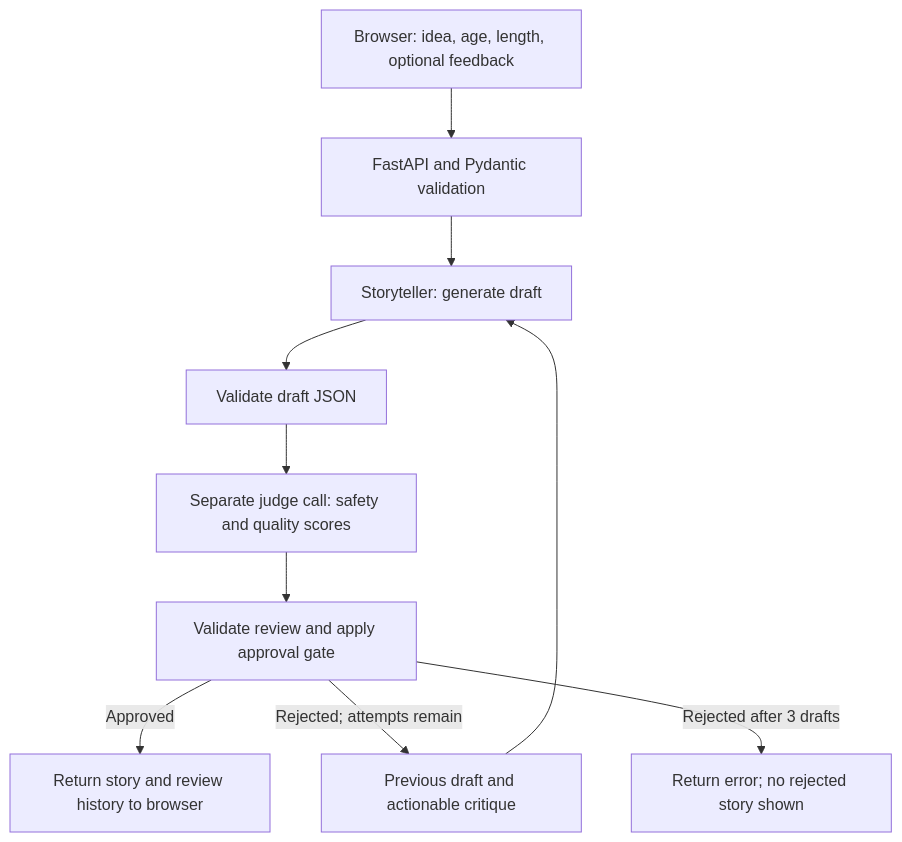
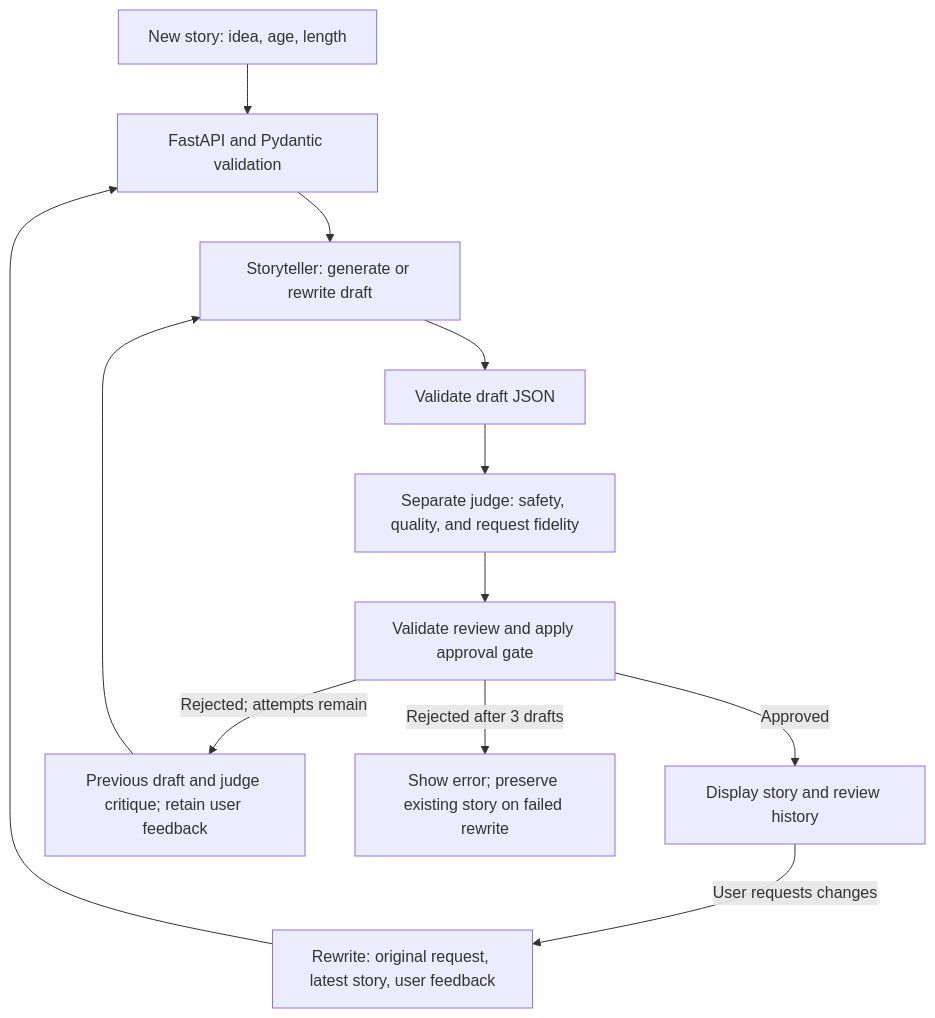
The diagram in SUBMISSION.md (yashi2407/AI-Agent-Deployment-Engineer-Takehome), drawn with Mermaid before and after one commit. The commit also changed other lines of this file, not shown here.

Commit message:
Updated flow chart

````diff
--- a/SUBMISSION.md
+++ b/SUBMISSION.md
@@ -11,12 +11,14 @@
 ```mermaid
 flowchart TD
-    UI[Browser: idea, age, length, optional feedback] --> V[FastAPI and Pydantic validation]
-    V --> S[Storyteller: generate draft]
-    S --> D[Validate draft JSON]
-    D --> J[Separate judge call: safety and quality scores]
-    J --> G[Validate review and apply approval gate]
-    G -->|Approved| R[Return story and review history to browser]
-    G -->|Rejected; attempts remain| F[Previous draft and actionable critique]
-    F --> S
-    G -->|Rejected after 3 drafts| E[Return error; no rejected story shown]
+    newRequest["New story: idea, age, length"] --> validate["FastAPI and Pydantic validation"]
+    feedback["Rewrite: original request, latest story, user feedback"] --> validate
+    validate --> writer["Storyteller: generate or rewrite draft"]
+    writer --> draft["Validate draft JSON"]
+    draft --> judge["Separate judge: safety, quality, and request fidelity"]
+    judge --> gate["Validate review and apply approval gate"]
+    gate -->|Approved| display["Display story and review history"]
+    display -->|User requests changes| feedback
+    gate -->|Rejected; attempts remain| critique["Previous draft and judge critique; retain user feedback"]
+    critique --> writer
+    gate -->|Rejected after 3 drafts| error["Show error; preserve existing story on failed rewrite"]
 ```
````
